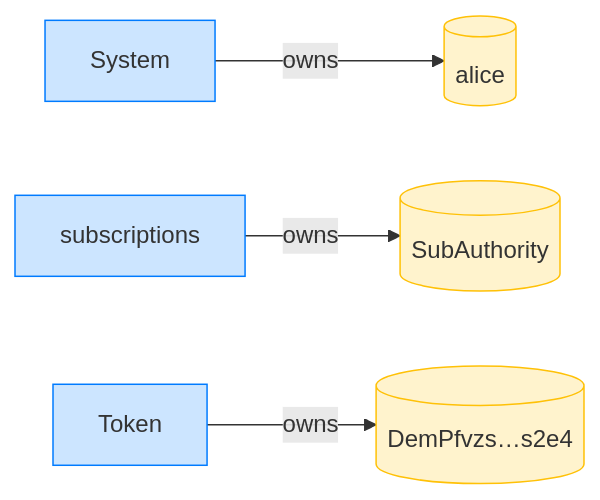
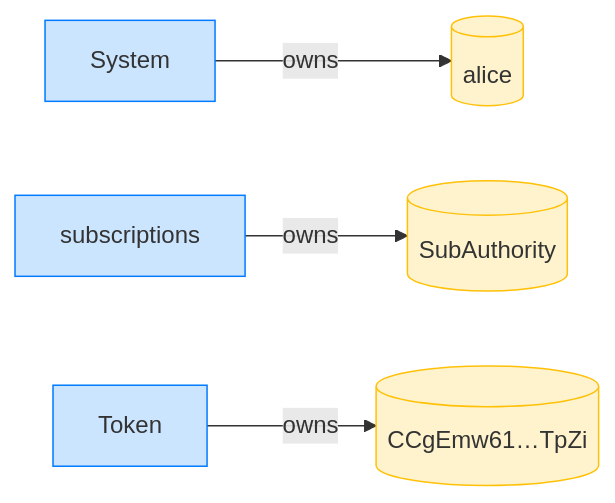
One commit to cds-rs/subscriptions changed the fourth of 16 diagrams in dsl_tests/transfer-subscription--multiple-pulls-within-a-period.md. Above: the diagram before and after it, drawn with Mermaid. The commit also changed other lines of this file and 224 other files, not shown here.

````diff
--- a/dsl_tests/transfer-subscription--multiple-pulls-within-a-period.md
+++ b/dsl_tests/transfer-subscription--multiple-pulls-within-a-period.md
@@ -73,14 +78,14 @@
 ```mermaid
 flowchart LR
     classDef owner fill:#cce5ff,stroke:#007bff;
     classDef account fill:#fff3cd,stroke:#ffc107;
     System[System]:::owner
     alice[(alice)]:::account
     subscriptions[subscriptions]:::owner
     SubAuthority[(SubAuthority)]:::account
     Token[Token]:::owner
-    DemPfvzs_s2e4[("DemPfvzs…s2e4")]:::account
+    CCgEmw61_TpZi[("CCgEmw61…TpZi")]:::account
     System -->|owns| alice
     subscriptions -->|owns| SubAuthority
-    Token -->|owns| DemPfvzs_s2e4
+    Token -->|owns| CCgEmw61_TpZi
 ```
````
